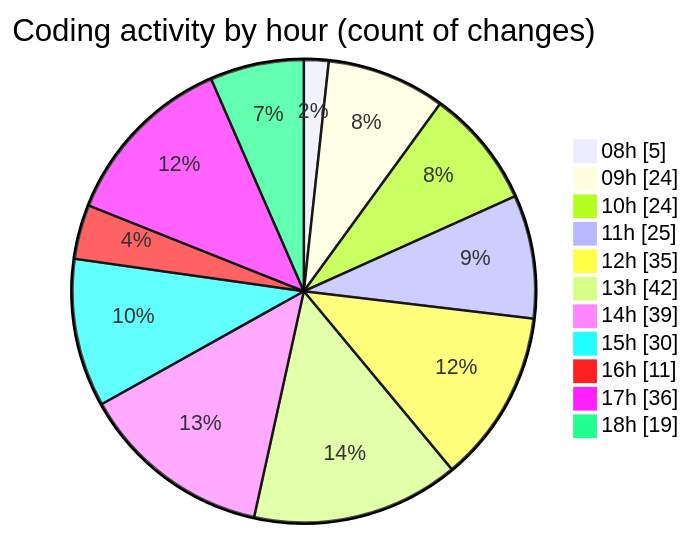
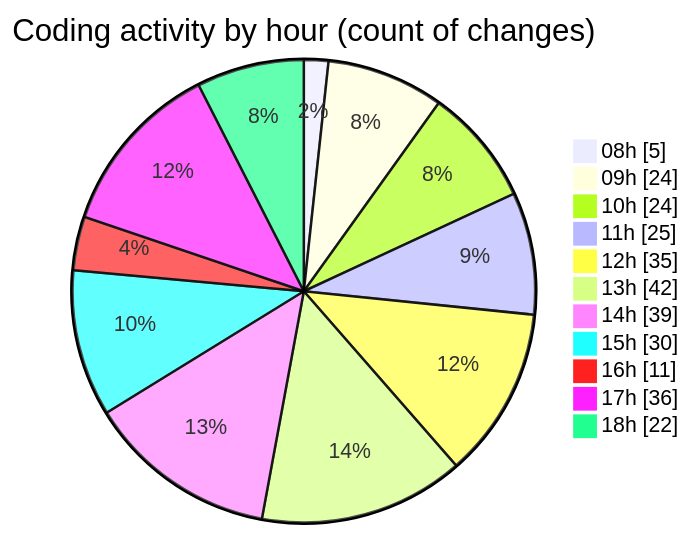
One commit to momahboobian/code-tracking changed the second of 2 diagrams in 2025-11-24/cda/README.md. Above: the diagram before and after it, drawn with Mermaid. The commit also changed other lines of this file and 1 other file, not shown here.

````diff
--- a/2025-11-24/cda/README.md
+++ b/2025-11-24/cda/README.md
@@ -47,15 +47,15 @@
 ```mermaid
 pie showData
 title Coding activity by hour (count of changes)
 "08h" : 5
 "09h" : 24
 "10h" : 24
 "11h" : 25
 "12h" : 35
 "13h" : 42
 "14h" : 39
 "15h" : 30
 "16h" : 11
 "17h" : 36
-"18h" : 19
+"18h" : 22
 ```
````
